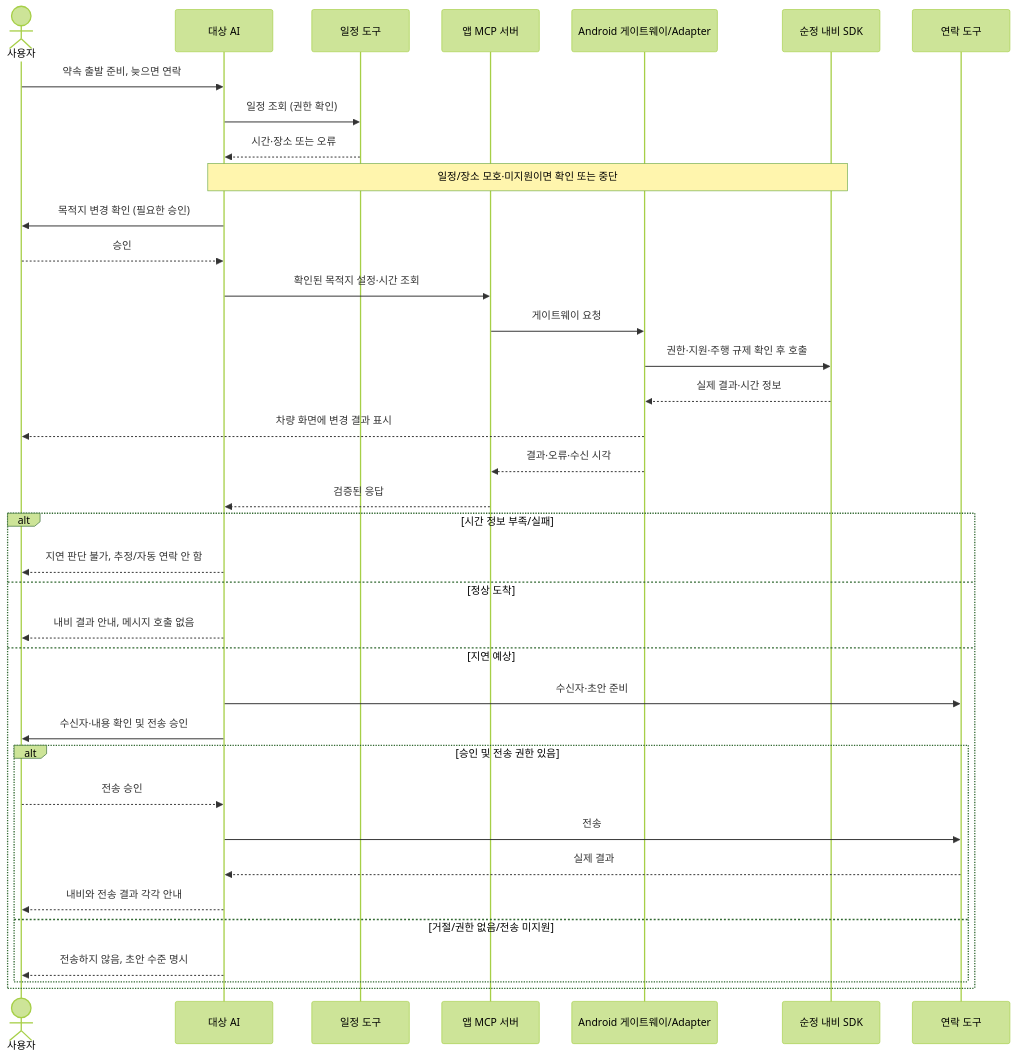
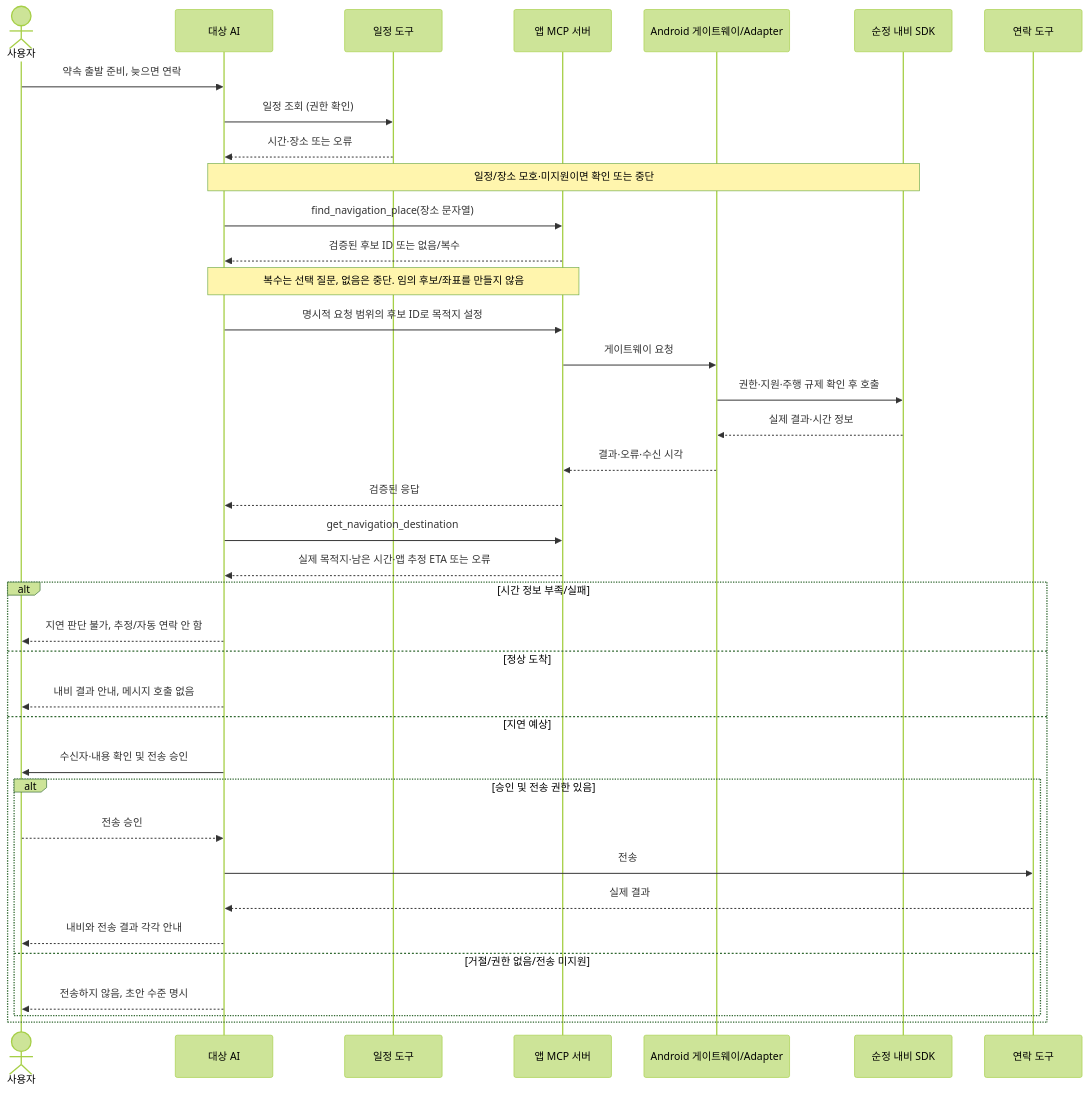
Before and after one commit to SubHye/Pleos_PA: the diagram in docs/architecture/scenarios/appointment-departure.md, drawn with Mermaid (forest theme). The commit also changed other lines of this file and 6 other files, not shown here.

````diff
--- a/docs/architecture/scenarios/appointment-departure.md
+++ b/docs/architecture/scenarios/appointment-departure.md
@@ -5,39 +5,40 @@
 ```mermaid
 sequenceDiagram
     actor User as 사용자
     participant AI as 대상 AI
     participant Calendar as 일정 도구
     participant MCP as 앱 MCP 서버
     participant App as Android 게이트웨이/Adapter
     participant Navi as 순정 내비 SDK
     participant Message as 연락 도구
     User->>AI: 약속 출발 준비, 늦으면 연락
     AI->>Calendar: 일정 조회 (권한 확인)
     Calendar-->>AI: 시간·장소 또는 오류
     Note over AI,Navi: 일정/장소 모호·미지원이면 확인 또는 중단
-    AI->>User: 목적지 변경 확인 (필요한 승인)
-    User-->>AI: 승인
-    AI->>MCP: 확인된 목적지 설정·시간 조회
+    AI->>MCP: find_navigation_place(장소 문자열)
+    MCP-->>AI: 검증된 후보 ID 또는 없음/복수
+    Note over AI,MCP: 복수는 선택 질문, 없음은 중단. 임의 후보/좌표를 만들지 않음
+    AI->>MCP: 명시적 요청 범위의 후보 ID로 목적지 설정
     MCP->>App: 게이트웨이 요청
     App->>Navi: 권한·지원·주행 규제 확인 후 호출
     Navi-->>App: 실제 결과·시간 정보
-    App-->>User: 차량 화면에 변경 결과 표시
     App-->>MCP: 결과·오류·수신 시각
     MCP-->>AI: 검증된 응답
+    AI->>MCP: get_navigation_destination
+    MCP-->>AI: 실제 목적지·남은 시간·앱 추정 ETA 또는 오류
     alt 시간 정보 부족/실패
         AI-->>User: 지연 판단 불가, 추정/자동 연락 안 함
     else 정상 도착
         AI-->>User: 내비 결과 안내, 메시지 호출 없음
     else 지연 예상
-        AI->>Message: 수신자·초안 준비
         AI->>User: 수신자·내용 확인 및 전송 승인
         alt 승인 및 전송 권한 있음
             User-->>AI: 전송 승인
             AI->>Message: 전송
             Message-->>AI: 실제 결과
             AI-->>User: 내비와 전송 결과 각각 안내
         else 거절/권한 없음/전송 미지원
             AI-->>User: 전송하지 않음, 초안 수준 명시
         end
     end
 ```
````
